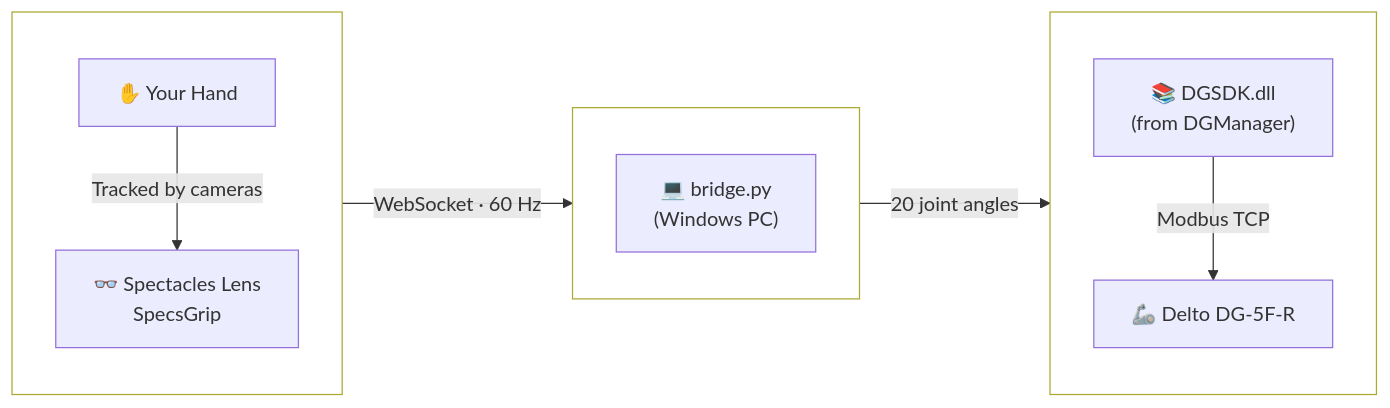
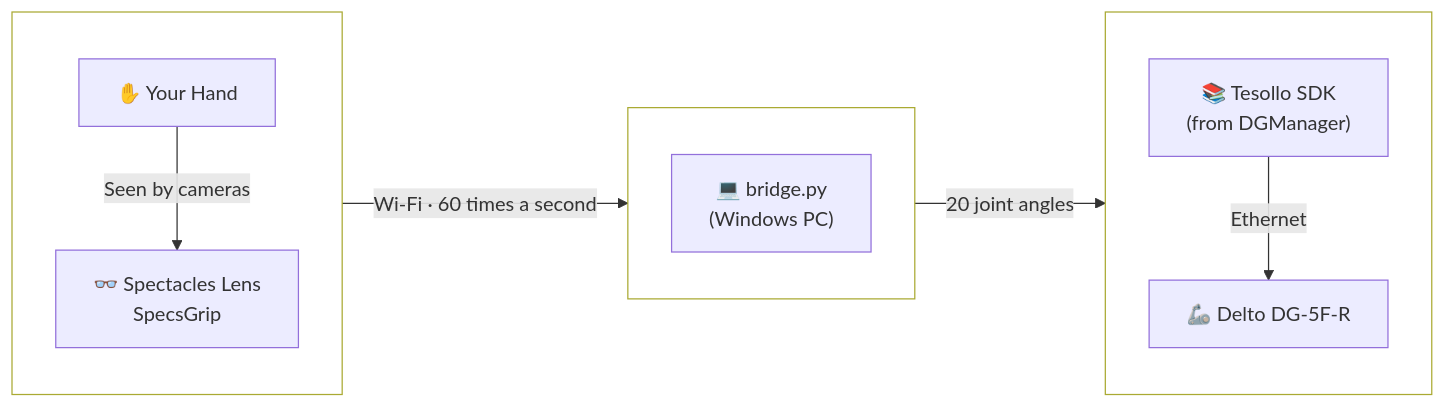
The first of 2 diagrams in README.md (amirmohideen/SpecsGrip), drawn with Mermaid before and after one commit. The commit also changed other lines of this file and 3 other files, not shown here.

````diff
--- a/README.md
+++ b/README.md
@@ -174,24 +161,24 @@
 ```mermaid
 flowchart LR
   subgraph col1 [ ]
     direction TB
-    Hand["✋ Your Hand"] -->|"Tracked by cameras"| Lens["👓 Spectacles Lens<br>SpecsGrip"]
+    Hand["✋ Your Hand"] -->|"Seen by cameras"| Lens["👓 Spectacles Lens<br>SpecsGrip"]
   end
 
   subgraph col2 [ ]
     direction TB
     Bridge["💻 bridge.py<br>(Windows PC)"]
   end
 
   subgraph col3 [ ]
     direction TB
-    SDK["📚 DGSDK.dll<br>(from DGManager)"] -->|"Modbus TCP"| Robot["🦾 Delto DG-5F-R"]
+    SDK["📚 Tesollo SDK<br>(from DGManager)"] -->|"Ethernet"| Robot["🦾 Delto DG-5F-R"]
   end
 
-  Lens -->|"WebSocket · 60 Hz"| Bridge
+  Lens -->|"Wi-Fi · 60 times a second"| Bridge
   Bridge -->|"20 joint angles"| SDK
 
   style col1 fill:transparent
   style col2 fill:transparent
   style col3 fill:transparent
 ```
````
